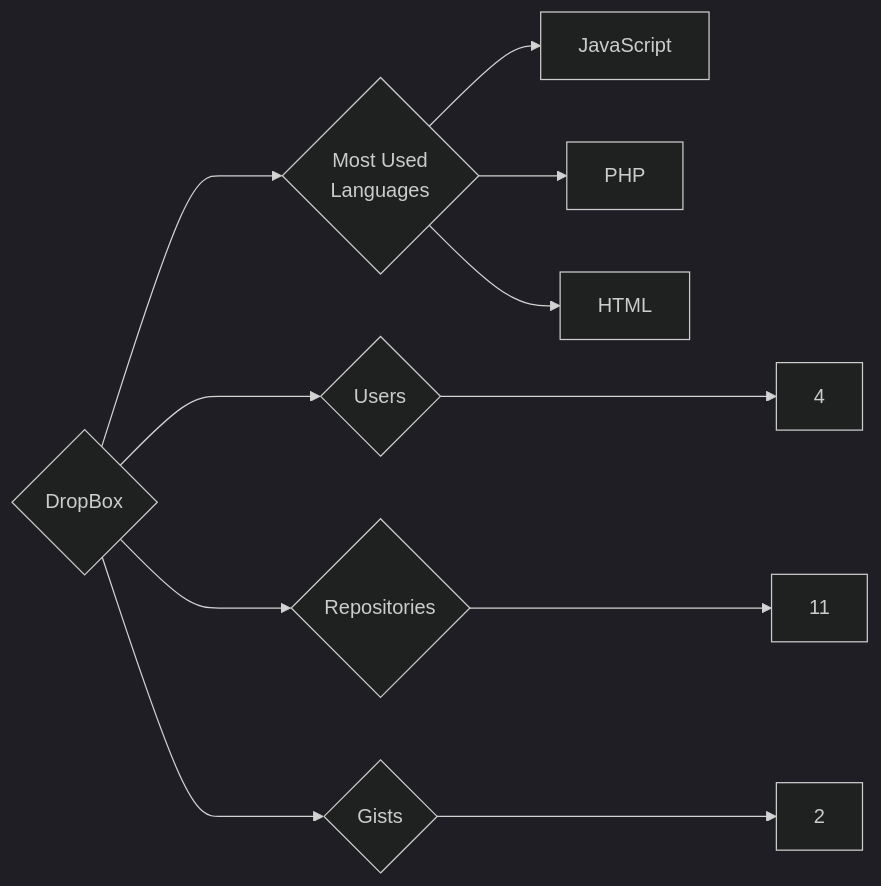
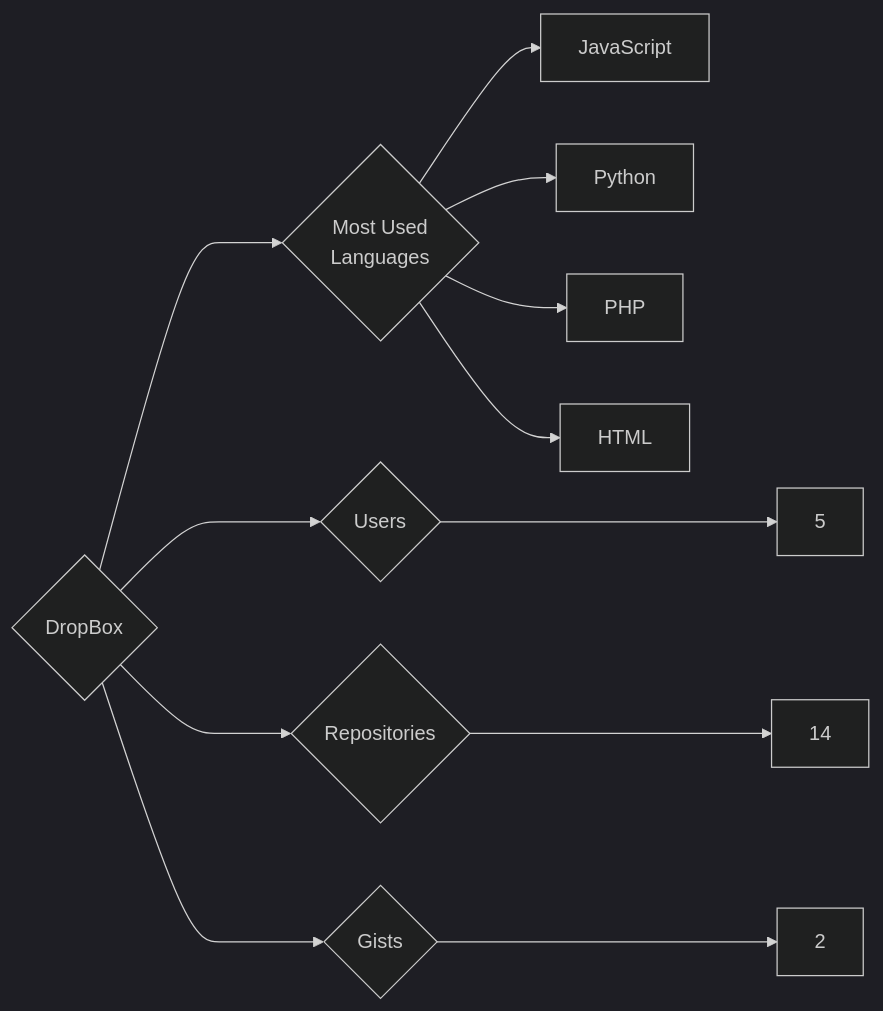
The diagram in targets/DropBox/README.md (trickest/insiders), drawn with Mermaid (dark theme) before and after one commit. The commit also changed 938 other files, not shown here.

````diff
--- a/targets/DropBox/README.md
+++ b/targets/DropBox/README.md
@@ -3,11 +3,12 @@
 ```mermaid
 graph LR
 COMPANY_NAME{DropBox}
-COMPANY_NAME ---> U{Users} ---> UN[4]
-COMPANY_NAME ---> R{Repositories} ---> RN[11]
+COMPANY_NAME ---> U{Users} ---> UN[5]
+COMPANY_NAME ---> R{Repositories} ---> RN[14]
 COMPANY_NAME ---> G{Gists} ---> GN[2]
 COMPANY_NAME ---> ML{Most Used<br>Languages}
 ML --> JavaScript[JavaScript]
+ML --> Python[Python]
 ML --> PHP[PHP]
 ML --> HTML[HTML]
 ```
````
